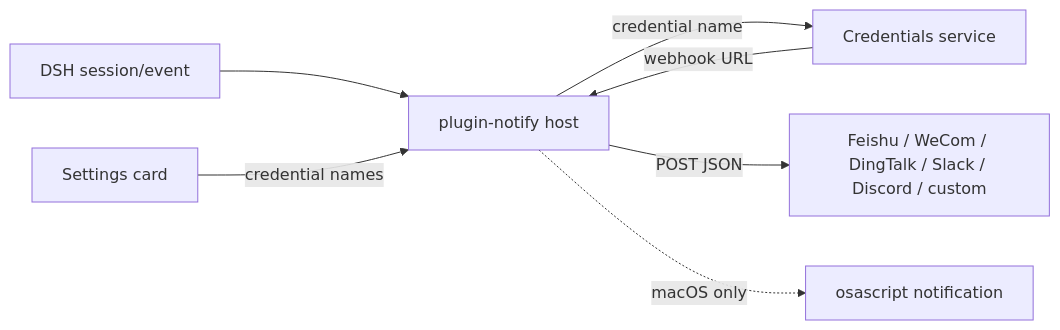
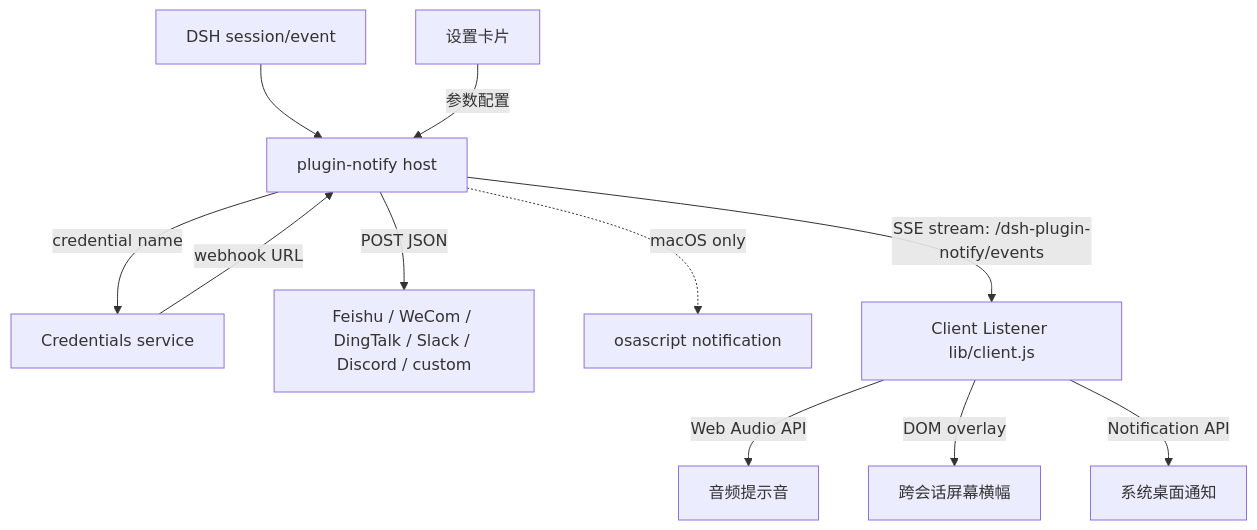
One commit to GooDAnDReaDY/dsh-plugin-notify changed the diagram in README.zh.md. Above: the diagram before and after it, drawn with Mermaid. The commit also changed other lines of this file and 8 other files, not shown here.

First line of the commit message:
feat(notify): audio chimes, cross-session toasts, desktop push, and settings cleanup (#16 #17 #18)

````diff
--- a/README.zh.md
+++ b/README.zh.md
@@ -45,9 +49,13 @@
 ```mermaid
-graph LR
+graph TD
   A[DSH session/event] --> B[plugin-notify host]
   B -->|credential name| C[Credentials service]
   C -->|webhook URL| B
   B -->|POST JSON| D[Feishu / WeCom / DingTalk / Slack / Discord / custom]
   B -.->|macOS only| E[osascript notification]
-  F[Settings card] -->|credential names| B
+  B -->|SSE stream: /dsh-plugin-notify/events| F[Client Listener lib/client.js]
+  F -->|Web Audio API| G[音频提示音]
+  F -->|DOM overlay| H[跨会话屏幕横幅]
+  F -->|Notification API| I[系统桌面通知]
+  J[设置卡片] -->|参数配置| B
 ```
````
